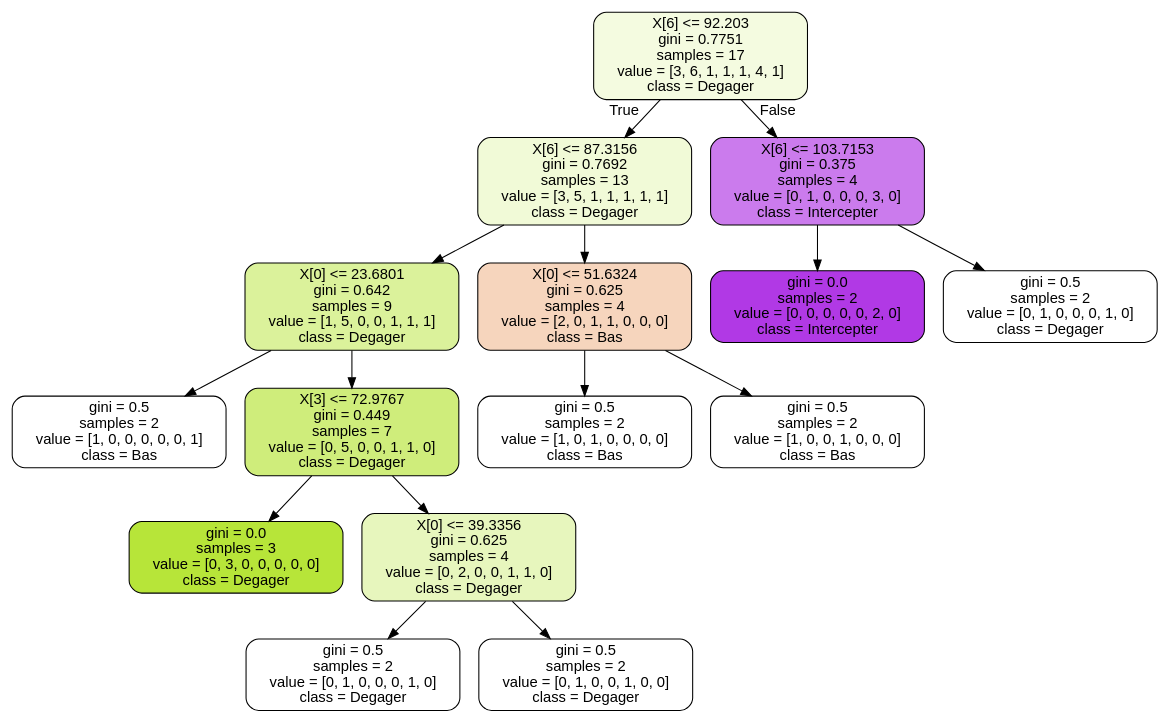
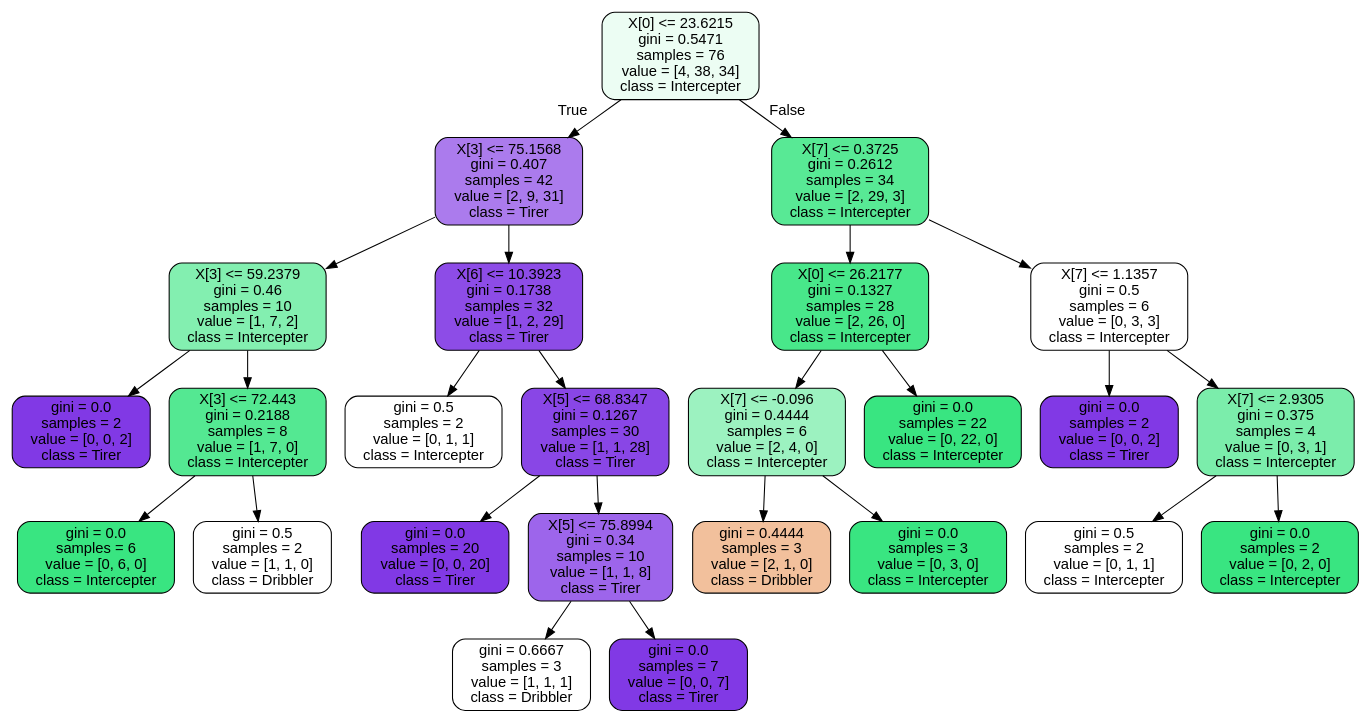
Before and after one commit to AriouatI/solo_ariouat: the diagram in test_arbre.dot, drawn with Graphviz. The commit also changed 10 other files, not shown here.

```diff
--- a/test_arbre.dot
+++ b/test_arbre.dot
@@ -1,33 +1,53 @@
 digraph Tree {
 node [shape=box, style="filled, rounded", color="black", fontname=helvetica] ;
 edge [fontname=helvetica] ;
-0 [label="X[6] <= 92.203\ngini = 0.7751\nsamples = 17\nvalue = [3, 6, 1, 1, 1, 4, 1]\nclass = Degager", fillcolor="#b7e53927"] ;
-1 [label="X[6] <= 87.3156\ngini = 0.7692\nsamples = 13\nvalue = [3, 5, 1, 1, 1, 1, 1]\nclass = Degager", fillcolor="#b7e53933"] ;
+0 [label="X[0] <= 23.6215\ngini = 0.5471\nsamples = 76\nvalue = [4, 38, 34]\nclass = Intercepter", fillcolor="#39e58118"] ;
+1 [label="X[3] <= 75.1568\ngini = 0.407\nsamples = 42\nvalue = [2, 9, 31]\nclass = Tirer", fillcolor="#8139e5aa"] ;
 0 -> 1 [labeldistance=2.5, labelangle=45, headlabel="True"] ;
-2 [label="X[0] <= 23.6801\ngini = 0.642\nsamples = 9\nvalue = [1, 5, 0, 0, 1, 1, 1]\nclass = Degager", fillcolor="#b7e53980"] ;
+2 [label="X[3] <= 59.2379\ngini = 0.46\nsamples = 10\nvalue = [1, 7, 2]\nclass = Intercepter", fillcolor="#39e5819f"] ;
 1 -> 2 ;
-3 [label="gini = 0.5\nsamples = 2\nvalue = [1, 0, 0, 0, 0, 0, 1]\nclass = Bas", fillcolor="#e5813900"] ;
+3 [label="gini = 0.0\nsamples = 2\nvalue = [0, 0, 2]\nclass = Tirer", fillcolor="#8139e5ff"] ;
 2 -> 3 ;
-4 [label="X[3] <= 72.9767\ngini = 0.449\nsamples = 7\nvalue = [0, 5, 0, 0, 1, 1, 0]\nclass = Degager", fillcolor="#b7e539aa"] ;
+4 [label="X[3] <= 72.443\ngini = 0.2188\nsamples = 8\nvalue = [1, 7, 0]\nclass = Intercepter", fillcolor="#39e581db"] ;
 2 -> 4 ;
-5 [label="gini = 0.0\nsamples = 3\nvalue = [0, 3, 0, 0, 0, 0, 0]\nclass = Degager", fillcolor="#b7e539ff"] ;
+5 [label="gini = 0.0\nsamples = 6\nvalue = [0, 6, 0]\nclass = Intercepter", fillcolor="#39e581ff"] ;
 4 -> 5 ;
-6 [label="X[0] <= 39.3356\ngini = 0.625\nsamples = 4\nvalue = [0, 2, 0, 0, 1, 1, 0]\nclass = Degager", fillcolor="#b7e53955"] ;
+6 [label="gini = 0.5\nsamples = 2\nvalue = [1, 1, 0]\nclass = Dribbler", fillcolor="#e5813900"] ;
 4 -> 6 ;
-7 [label="gini = 0.5\nsamples = 2\nvalue = [0, 1, 0, 0, 0, 1, 0]\nclass = Degager", fillcolor="#b7e53900"] ;
-6 -> 7 ;
-8 [label="gini = 0.5\nsamples = 2\nvalue = [0, 1, 0, 0, 1, 0, 0]\nclass = Degager", fillcolor="#b7e53900"] ;
-6 -> 8 ;
-9 [label="X[0] <= 51.6324\ngini = 0.625\nsamples = 4\nvalue = [2, 0, 1, 1, 0, 0, 0]\nclass = Bas", fillcolor="#e5813955"] ;
-1 -> 9 ;
-10 [label="gini = 0.5\nsamples = 2\nvalue = [1, 0, 1, 0, 0, 0, 0]\nclass = Bas", fillcolor="#e5813900"] ;
+7 [label="X[6] <= 10.3923\ngini = 0.1738\nsamples = 32\nvalue = [1, 2, 29]\nclass = Tirer", fillcolor="#8139e5e6"] ;
+1 -> 7 ;
+8 [label="gini = 0.5\nsamples = 2\nvalue = [0, 1, 1]\nclass = Intercepter", fillcolor="#39e58100"] ;
+7 -> 8 ;
+9 [label="X[5] <= 68.8347\ngini = 0.1267\nsamples = 30\nvalue = [1, 1, 28]\nclass = Tirer", fillcolor="#8139e5ed"] ;
+7 -> 9 ;
+10 [label="gini = 0.0\nsamples = 20\nvalue = [0, 0, 20]\nclass = Tirer", fillcolor="#8139e5ff"] ;
 9 -> 10 ;
-11 [label="gini = 0.5\nsamples = 2\nvalue = [1, 0, 0, 1, 0, 0, 0]\nclass = Bas", fillcolor="#e5813900"] ;
+11 [label="X[5] <= 75.8994\ngini = 0.34\nsamples = 10\nvalue = [1, 1, 8]\nclass = Tirer", fillcolor="#8139e5c6"] ;
 9 -> 11 ;
-12 [label="X[6] <= 103.7153\ngini = 0.375\nsamples = 4\nvalue = [0, 1, 0, 0, 0, 3, 0]\nclass = Intercepter", fillcolor="#b139e5aa"] ;
-0 -> 12 [labeldistance=2.5, labelangle=-45, headlabel="False"] ;
-13 [label="gini = 0.0\nsamples = 2\nvalue = [0, 0, 0, 0, 0, 2, 0]\nclass = Intercepter", fillcolor="#b139e5ff"] ;
-12 -> 13 ;
-14 [label="gini = 0.5\nsamples = 2\nvalue = [0, 1, 0, 0, 0, 1, 0]\nclass = Degager", fillcolor="#b7e53900"] ;
-12 -> 14 ;
+12 [label="gini = 0.6667\nsamples = 3\nvalue = [1, 1, 1]\nclass = Dribbler", fillcolor="#e5813900"] ;
+11 -> 12 ;
+13 [label="gini = 0.0\nsamples = 7\nvalue = [0, 0, 7]\nclass = Tirer", fillcolor="#8139e5ff"] ;
+11 -> 13 ;
+14 [label="X[7] <= 0.3725\ngini = 0.2612\nsamples = 34\nvalue = [2, 29, 3]\nclass = Intercepter", fillcolor="#39e581d6"] ;
+0 -> 14 [labeldistance=2.5, labelangle=-45, headlabel="False"] ;
+15 [label="X[0] <= 26.2177\ngini = 0.1327\nsamples = 28\nvalue = [2, 26, 0]\nclass = Intercepter", fillcolor="#39e581eb"] ;
+14 -> 15 ;
+16 [label="X[7] <= -0.096\ngini = 0.4444\nsamples = 6\nvalue = [2, 4, 0]\nclass = Intercepter", fillcolor="#39e5817f"] ;
+15 -> 16 ;
+17 [label="gini = 0.4444\nsamples = 3\nvalue = [2, 1, 0]\nclass = Dribbler", fillcolor="#e581397f"] ;
+16 -> 17 ;
+18 [label="gini = 0.0\nsamples = 3\nvalue = [0, 3, 0]\nclass = Intercepter", fillcolor="#39e581ff"] ;
+16 -> 18 ;
+19 [label="gini = 0.0\nsamples = 22\nvalue = [0, 22, 0]\nclass = Intercepter", fillcolor="#39e581ff"] ;
+15 -> 19 ;
+20 [label="X[7] <= 1.1357\ngini = 0.5\nsamples = 6\nvalue = [0, 3, 3]\nclass = Intercepter", fillcolor="#39e58100"] ;
+14 -> 20 ;
+21 [label="gini = 0.0\nsamples = 2\nvalue = [0, 0, 2]\nclass = Tirer", fillcolor="#8139e5ff"] ;
+20 -> 21 ;
+22 [label="X[7] <= 2.9305\ngini = 0.375\nsamples = 4\nvalue = [0, 3, 1]\nclass = Intercepter", fillcolor="#39e581aa"] ;
+20 -> 22 ;
+23 [label="gini = 0.5\nsamples = 2\nvalue = [0, 1, 1]\nclass = Intercepter", fillcolor="#39e58100"] ;
+22 -> 23 ;
+24 [label="gini = 0.0\nsamples = 2\nvalue = [0, 2, 0]\nclass = Intercepter", fillcolor="#39e581ff"] ;
+22 -> 24 ;
 }
```
